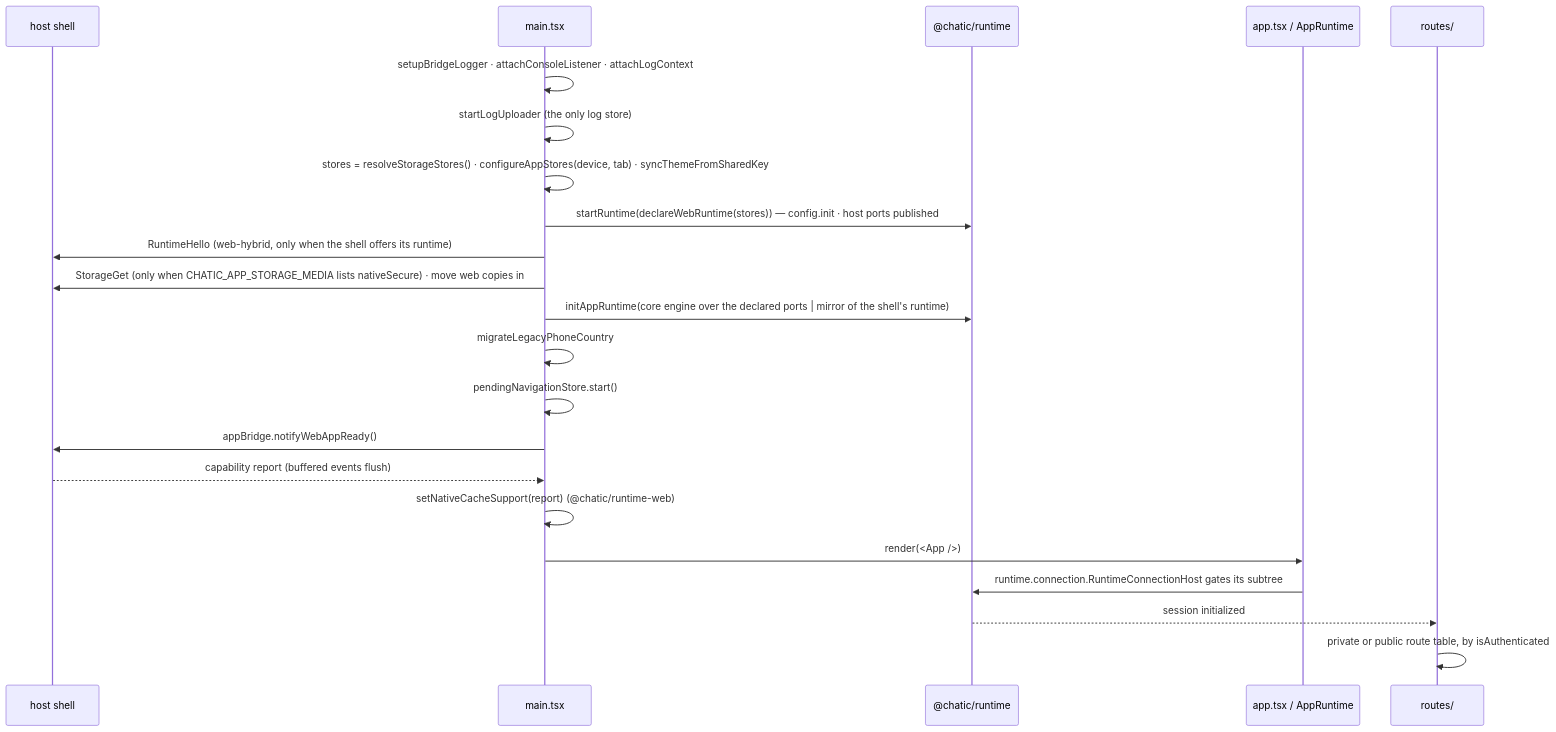
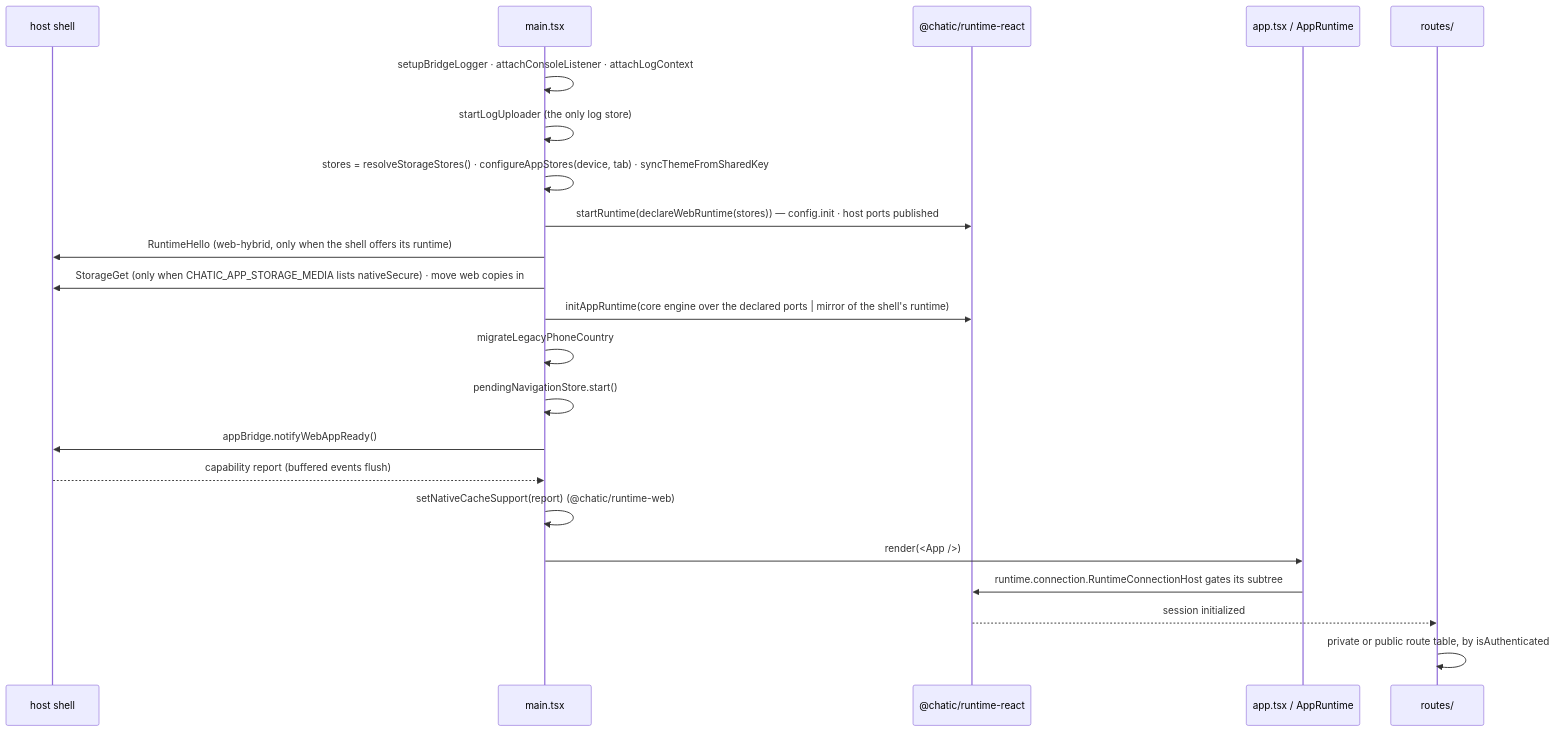
The second of 2 diagrams in apps/web/README.md (lemoncloud-io/dou-app), drawn with Mermaid before and after one commit. The commit also changed other lines of this file and 1018 other files, not shown here.

First line of the commit message:
refactor(runtime): import the runtime from @chatic/runtime-react in the react apps

````diff
--- a/apps/web/README.md
+++ b/apps/web/README.md
@@ -146,25 +146,25 @@
 ```mermaid
 sequenceDiagram
     participant Shell as host shell
     participant Main as main.tsx
-    participant RT as @chatic/runtime
+    participant RT as @chatic/runtime-react
     participant App as app.tsx / AppRuntime
     participant Router as routes/
 
     Main->>Main: setupBridgeLogger · attachConsoleListener · attachLogContext
     Main->>Main: startLogUploader (the only log store)
     Main->>Main: stores = resolveStorageStores() · configureAppStores(device, tab) · syncThemeFromSharedKey
     Main->>RT: startRuntime(declareWebRuntime(stores)) — config.init · host ports published
     Main->>Shell: RuntimeHello (web-hybrid, only when the shell offers its runtime)
     Main->>Shell: StorageGet (only when CHATIC_APP_STORAGE_MEDIA lists nativeSecure) · move web copies in
     Main->>RT: initAppRuntime(core engine over the declared ports | mirror of the shell's runtime)
     Main->>Main: migrateLegacyPhoneCountry
     Main->>Main: pendingNavigationStore.start()
     Main->>Shell: appBridge.notifyWebAppReady()
     Shell-->>Main: capability report (buffered events flush)
     Main->>Main: setNativeCacheSupport(report) (@chatic/runtime-web)
     Main->>App: render(<App />)
     App->>RT: runtime.connection.RuntimeConnectionHost gates its subtree
     RT-->>Router: session initialized
     Router->>Router: private or public route table, by isAuthenticated
 ```
````
